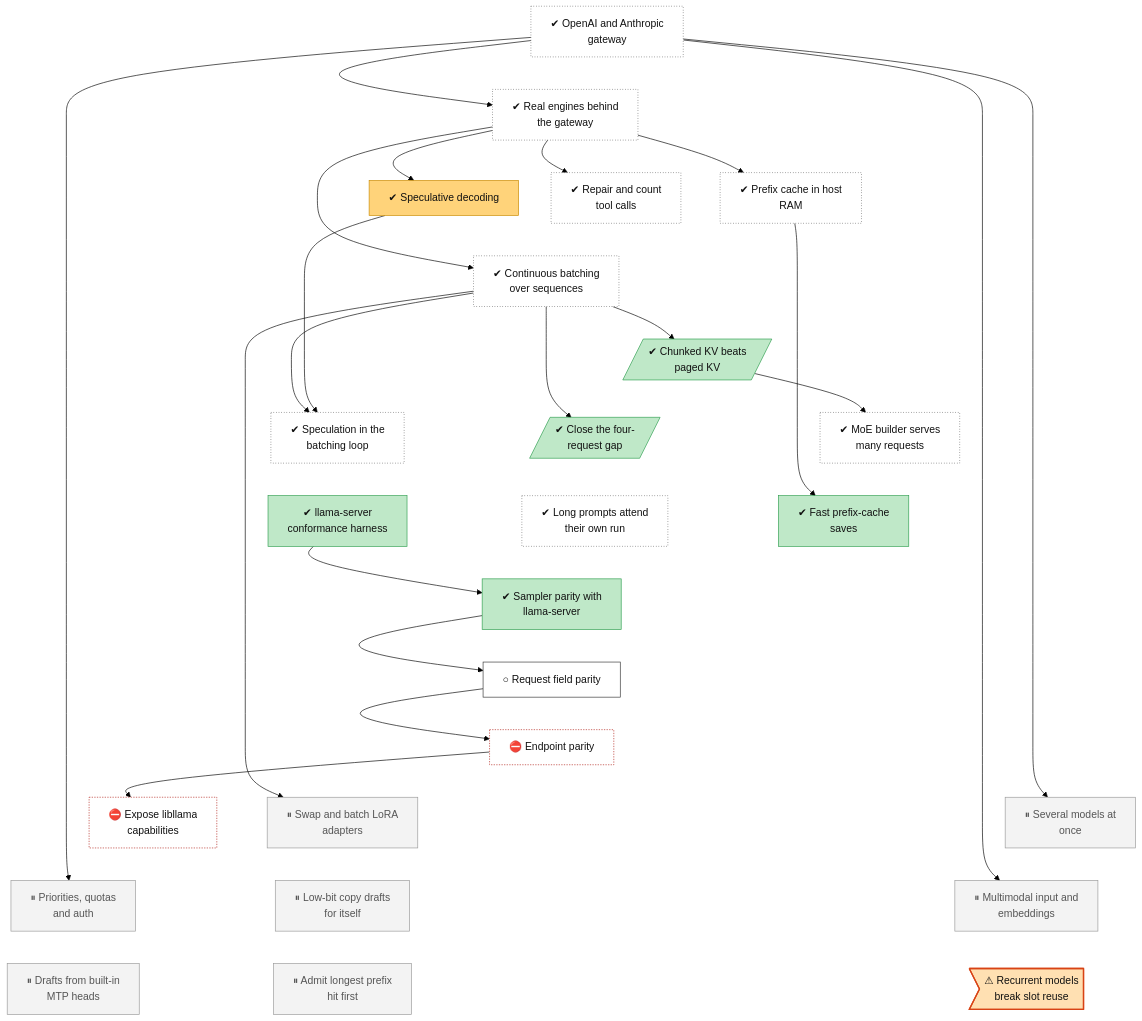
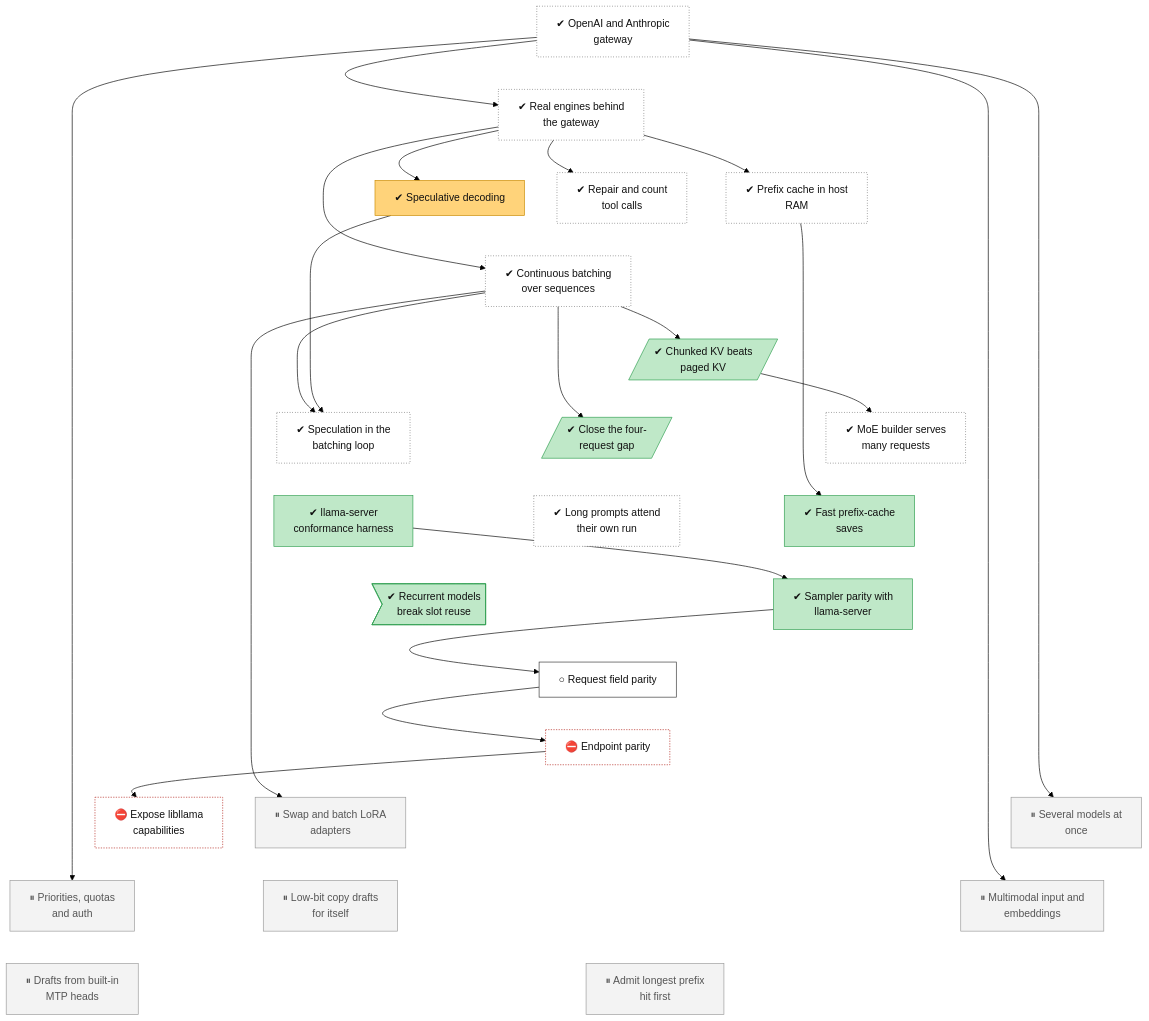
The diagram in docs/roadmap/tracks/serving.md (lhns/tetraeder), drawn with Mermaid (forest theme) before and after one commit. The commit also changed other lines of this file and 3 other files, not shown here.

Commit message:
Tree: serving-recurrent-reuse done, CI run 45101237756 green on Linux and Windows (after M2, defect from bench-strata-q36; not measured)

````diff
--- a/docs/roadmap/tracks/serving.md
+++ b/docs/roadmap/tracks/serving.md
@@ -23,6 +23,7 @@
     serving_own_run_attention["✔ Long prompts attend<br/>their own run"]
     serving_parity_harness["✔ llama-server<br/>conformance harness"]
     serving_parity_sampling["✔ Sampler parity with<br/>llama-server"]
+    serving_recurrent_reuse>"✔ Recurrent models<br/>break slot reuse"]
     serving_parity_fields["○ Request field parity"]
     serving_parity_endpoints["⛔ Endpoint parity"]
     serving_parity_libllama["⛔ Expose libllama<br/>capabilities"]
@@ -32,7 +33,6 @@
     serving_multimodal["⏸ Multimodal input and<br/>embeddings"]
     serving_self_spec["⏸ Low-bit copy drafts<br/>for itself"]
     serving_mtp_drafts["⏸ Drafts from built-in<br/>MTP heads"]
-    serving_recurrent_reuse>"⚠ Recurrent models<br/>break slot reuse"]
     serving_prefix_first["⏸ Admit longest prefix<br/>hit first"]
     serving_gateway ~~~ serving_real_engines
     serving_real_engines ~~~ serving_prefix_cache
@@ -49,9 +49,10 @@
     serving_c4_gap ~~~ serving_own_run_attention
     serving_spec_batching ~~~ serving_parity_harness
     serving_prefix_save ~~~ serving_parity_sampling
-    serving_own_run_attention ~~~ serving_parity_sampling
-    serving_parity_harness ~~~ serving_parity_sampling
+    serving_own_run_attention ~~~ serving_recurrent_reuse
+    serving_parity_harness ~~~ serving_recurrent_reuse
     serving_parity_sampling ~~~ serving_parity_fields
+    serving_recurrent_reuse ~~~ serving_parity_fields
     serving_parity_fields ~~~ serving_parity_endpoints
     serving_parity_endpoints ~~~ serving_parity_libllama
     serving_parity_endpoints ~~~ serving_multi_model
@@ -60,7 +61,7 @@
     serving_multi_model ~~~ serving_multimodal
     serving_multi_lora ~~~ serving_self_spec
     serving_auth_quotas ~~~ serving_mtp_drafts
-    serving_multimodal ~~~ serving_recurrent_reuse
+    serving_multimodal ~~~ serving_prefix_first
     serving_self_spec ~~~ serving_prefix_first
     serving_gateway --> serving_real_engines
     serving_real_engines --> serving_prefix_cache
@@ -97,9 +98,8 @@
     classDef waiting fill:#e3f2fd,stroke:#1f6fc5,stroke-dasharray:5 5,color:#111
     class serving_gateway,serving_real_engines,serving_prefix_cache,serving_tool_calls,serving_batching,serving_moe_batch,serving_spec_batching,serving_own_run_attention unrated
     class serving_speculative mixed
-    class serving_kv_layout,serving_c4_gap,serving_prefix_save,serving_parity_harness,serving_parity_sampling succ
+    class serving_kv_layout,serving_c4_gap,serving_prefix_save,serving_parity_harness,serving_parity_sampling,serving_recurrent_reuse succ
     class serving_parity_fields next
     class serving_parity_endpoints,serving_parity_libllama blocked
     class serving_multi_model,serving_multi_lora,serving_auth_quotas,serving_multimodal,serving_self_spec,serving_mtp_drafts,serving_prefix_first parked
-    class serving_recurrent_reuse finding
 ```
````
